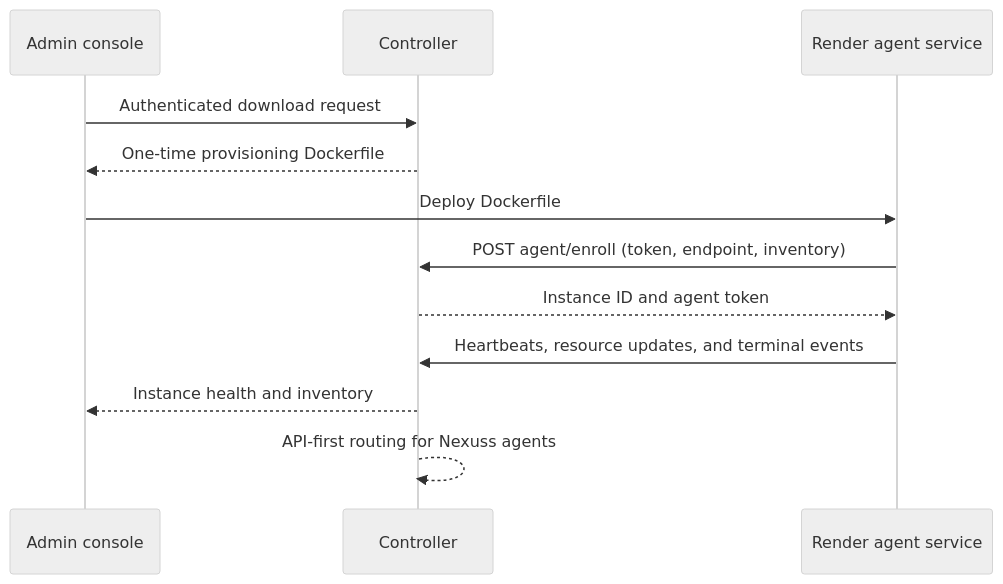
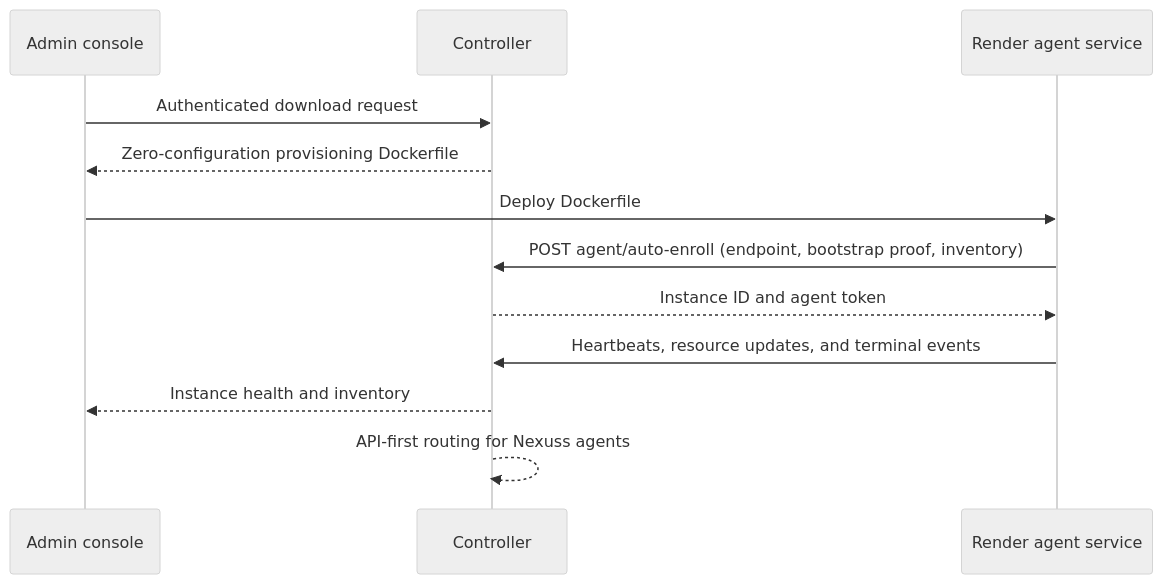
Before and after one commit to nexuss0781/Terminal-kit: the diagram in docs/SELF_ENROLLMENT_PROTOCOL.md, drawn with Mermaid (neutral theme). The commit also changed other lines of this file and 11 other files, not shown here.

````diff
--- a/docs/SELF_ENROLLMENT_PROTOCOL.md
+++ b/docs/SELF_ENROLLMENT_PROTOCOL.md
@@ -21,14 +19,14 @@
 ```mermaid
 sequenceDiagram
   participant A as Admin console
   participant C as Controller
   participant R as Render agent service
   A->>C: Authenticated download request
-  C-->>A: One-time provisioning Dockerfile
+  C-->>A: Zero-configuration provisioning Dockerfile
   A->>R: Deploy Dockerfile
-  R->>C: POST agent/enroll (token, endpoint, inventory)
+  R->>C: POST agent/auto-enroll (endpoint, bootstrap proof, inventory)
   C-->>R: Instance ID and agent token
   R->>C: Heartbeats, resource updates, and terminal events
   C-->>A: Instance health and inventory
   C-->>C: API-first routing for Nexuss agents
 ```
````
